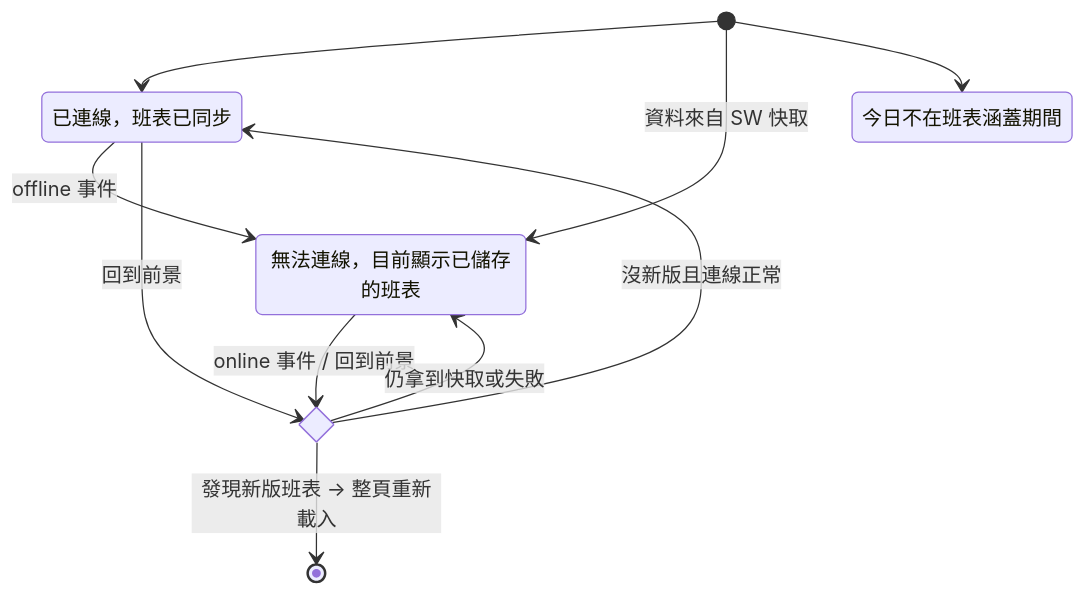
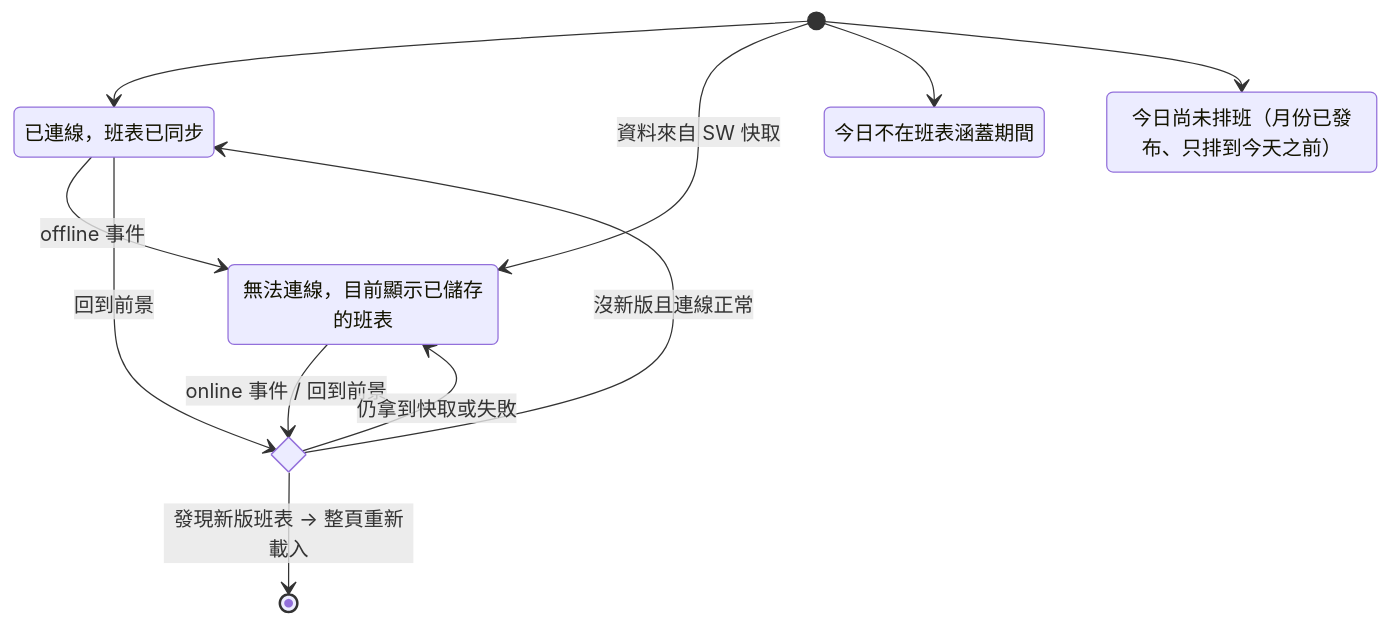
One commit to JasonHsuFet/Working_Shift changed the seventh of 7 diagrams in docs/ux-state-diagrams.md. Above: the diagram before and after it, drawn with Mermaid. The commit also changed other lines of this file and 12 other files, not shown here.

````diff
--- a/docs/ux-state-diagrams.md
+++ b/docs/ux-state-diagrams.md
@@ -179,17 +185,19 @@
 ```mermaid
 stateDiagram-v2
     state "已連線，班表已同步" as Synced
     state "無法連線，目前顯示已儲存的班表" as Offline
     state "今日不在班表涵蓋期間" as OutRange
+    state "今日尚未排班（月份已發布、只排到今天之前）" as Unwritten
     state check <<choice>>
 
     [*] --> Synced
     [*] --> Offline: 資料來自 SW 快取
     [*] --> OutRange
+    [*] --> Unwritten
     Synced --> Offline: offline 事件
     Offline --> check: online 事件 / 回到前景
     Synced --> check: 回到前景
     check --> [*]: 發現新版班表 → 整頁重新載入
     check --> Synced: 沒新版且連線正常
     check --> Offline: 仍拿到快取或失敗
 ```
````
